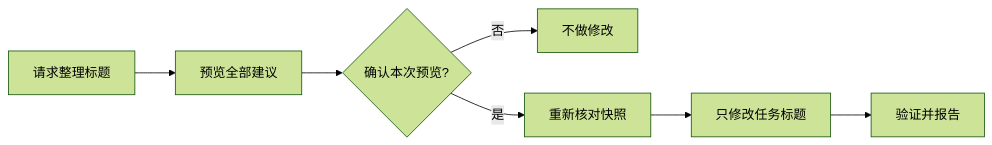
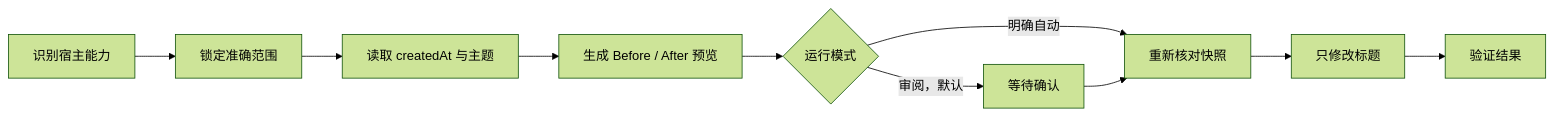
The diagram in README.zh-CN.md (BrownieCoder/agent-title-renamer-skill), drawn with Mermaid (forest theme) before and after one commit. The commit also changed other lines of this file and 12 other files, not shown here.

````diff
--- a/README.zh-CN.md
+++ b/README.zh-CN.md
@@ -84,9 +124,12 @@
 ```mermaid
 flowchart LR
-    A[请求整理标题] --> B[预览全部建议]
-    B --> C{确认本次预览?}
-    C -- 否 --> D[不做修改]
-    C -- 是 --> E[重新核对快照]
-    E --> F[只修改任务标题]
-    F --> G[验证并报告]
+    A[识别宿主能力] --> B[锁定准确范围]
+    B --> C[读取 createdAt 与主题]
+    C --> D[生成 Before / After 预览]
+    D --> E{运行模式}
+    E -->|审阅，默认| F[等待确认]
+    E -->|明确自动| G[重新核对快照]
+    F --> G
+    G --> H[只修改标题]
+    H --> I[验证结果]
 ```
````
